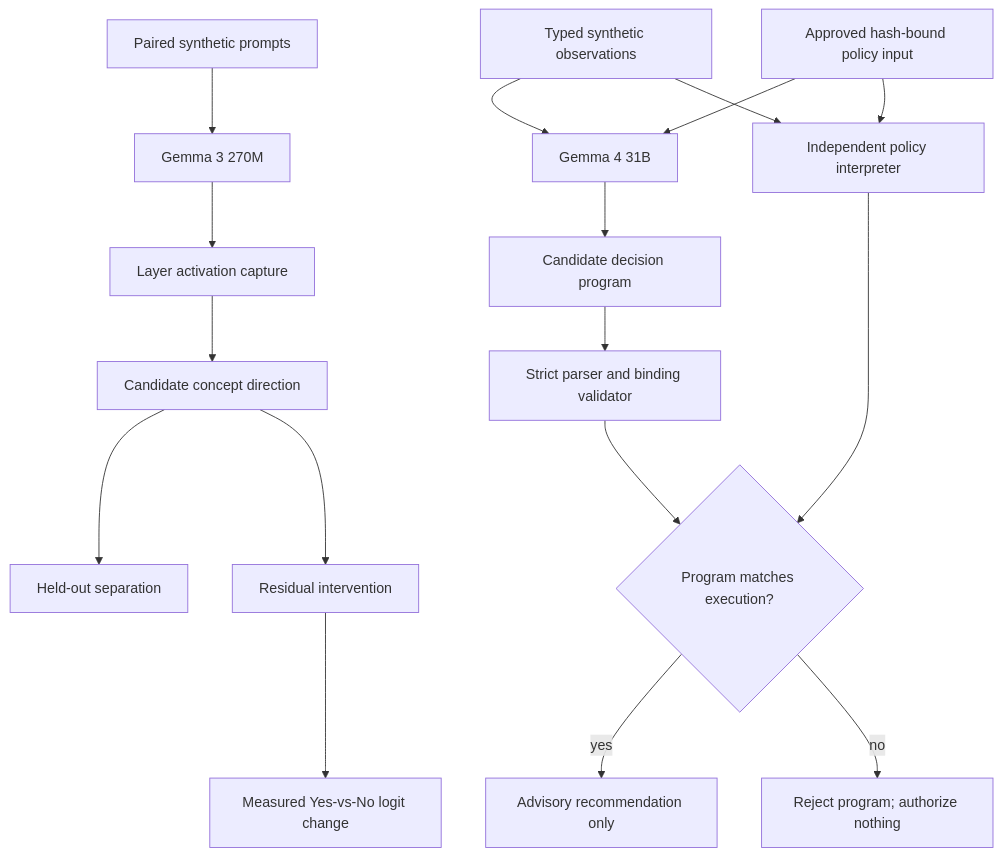
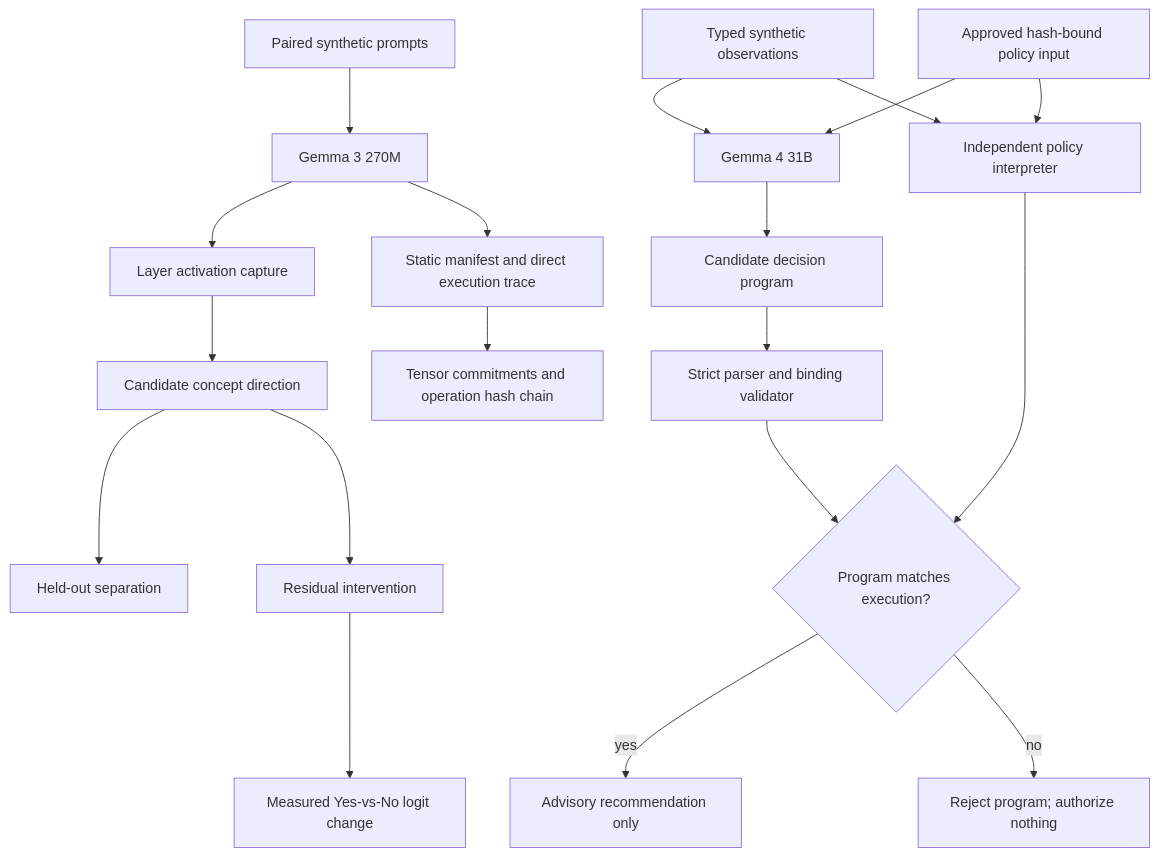
Before and after one commit to barlowa124/bioprocess-decision-runtime: the second of 2 diagrams in README.md, drawn with Mermaid. The commit also changed other lines of this file and 5 other files, not shown here.

````diff
--- a/README.md
+++ b/README.md
@@ -70,20 +76,22 @@
 ```mermaid
 flowchart TD
     P[Paired synthetic prompts] --> G3[Gemma 3 270M]
     G3 --> C[Layer activation capture]
+    G3 --> OS[Static manifest and direct execution trace]
+    OS --> CERT[Tensor commitments and operation hash chain]
     C --> D[Candidate concept direction]
     D --> S[Held-out separation]
     D --> I[Residual intervention]
     I --> E[Measured Yes-vs-No logit change]
 
     O[Typed synthetic observations] --> G4[Gemma 4 31B]
     AP[Approved hash-bound policy input] --> G4
     G4 --> DP[Candidate decision program]
     DP --> V[Strict parser and binding validator]
     AP --> R[Independent policy interpreter]
     O --> R
     V --> X{Program matches execution?}
     R --> X
     X -->|yes| AR[Advisory recommendation only]
     X -->|no| RJ[Reject program; authorize nothing]
 ```
````
